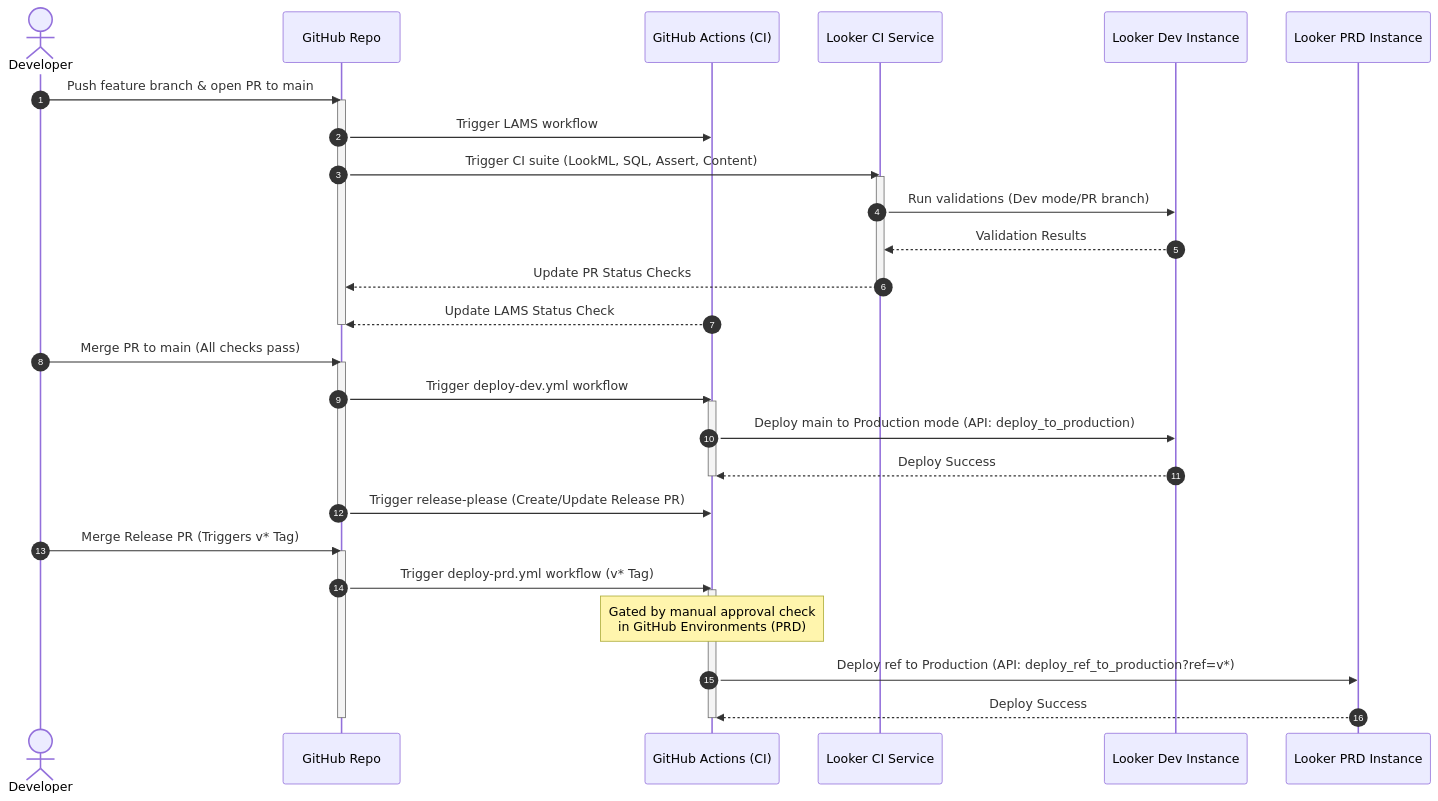
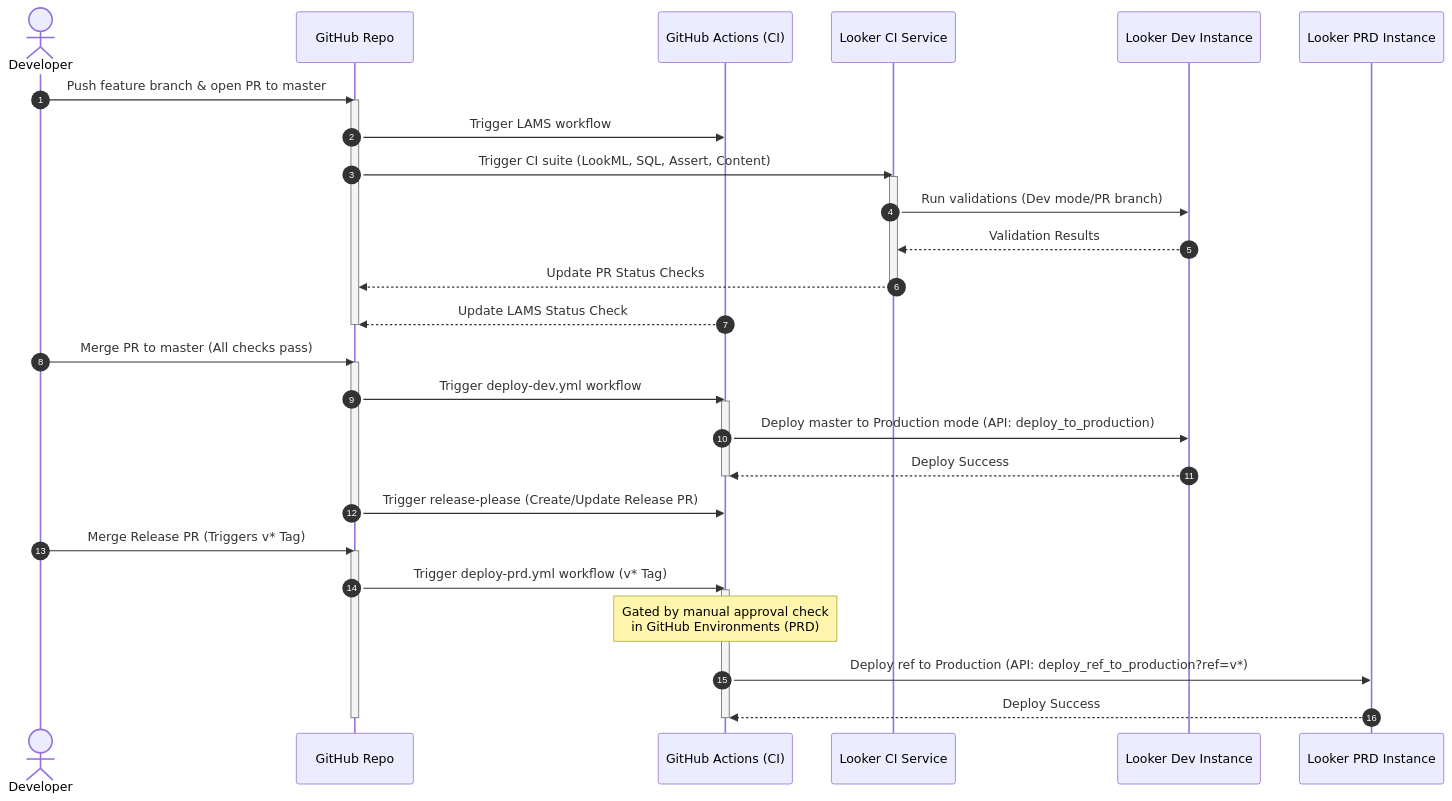
Before and after one commit to AdamMinton/looker_cicd_sample: the diagram in README.md, drawn with Mermaid. The commit also changed other lines of this file and 3 other files, not shown here.

First line of the commit message:
chore: change GHA branch triggers from main to master to match primary production branch

````diff
--- a/README.md
+++ b/README.md
@@ -11,45 +11,45 @@
 ```mermaid
 sequenceDiagram
     autonumber
     actor Developer
     participant GitHub as GitHub Repo
     participant CI as GitHub Actions (CI)
     participant LookerCI as Looker CI Service
     participant LookerDev as Looker Dev Instance
     participant LookerPrd as Looker PRD Instance
 
     %% Feature branch & PR phase
-    Developer->>GitHub: Push feature branch & open PR to main
+    Developer->>GitHub: Push feature branch & open PR to master
     activate GitHub
     GitHub->>CI: Trigger LAMS workflow
     GitHub->>LookerCI: Trigger CI suite (LookML, SQL, Assert, Content)
     activate LookerCI
     LookerCI->>LookerDev: Run validations (Dev mode/PR branch)
     LookerDev-->>LookerCI: Validation Results
     LookerCI-->>GitHub: Update PR Status Checks
     deactivate LookerCI
     CI-->>GitHub: Update LAMS Status Check
     deactivate GitHub
 
-    %% Merge to main phase
-    Developer->>GitHub: Merge PR to main (All checks pass)
+    %% Merge to master phase
+    Developer->>GitHub: Merge PR to master (All checks pass)
     activate GitHub
     GitHub->>CI: Trigger deploy-dev.yml workflow
     activate CI
-    CI->>LookerDev: Deploy main to Production mode (API: deploy_to_production)
+    CI->>LookerDev: Deploy master to Production mode (API: deploy_to_production)
     LookerDev-->>CI: Deploy Success
     deactivate CI
     GitHub->>CI: Trigger release-please (Create/Update Release PR)
     deactivate GitHub
 
     %% Merge Release PR (Tag deploy) phase
     Developer->>GitHub: Merge Release PR (Triggers v* Tag)
     activate GitHub
     GitHub->>CI: Trigger deploy-prd.yml workflow (v* Tag)
     activate CI
     Note over CI: Gated by manual approval check<br/>in GitHub Environments (PRD)
     CI->>LookerPrd: Deploy ref to Production (API: deploy_ref_to_production?ref=v*)
     LookerPrd-->>CI: Deploy Success
     deactivate CI
     deactivate GitHub
 ```
````
